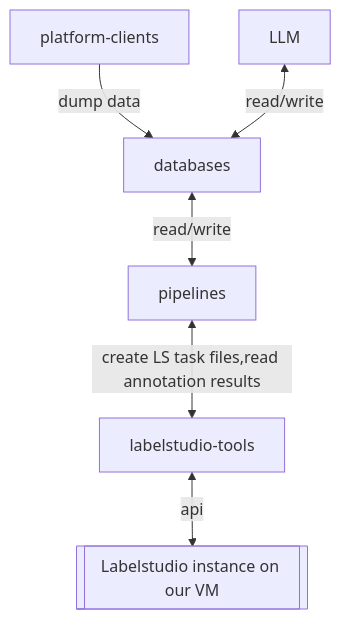
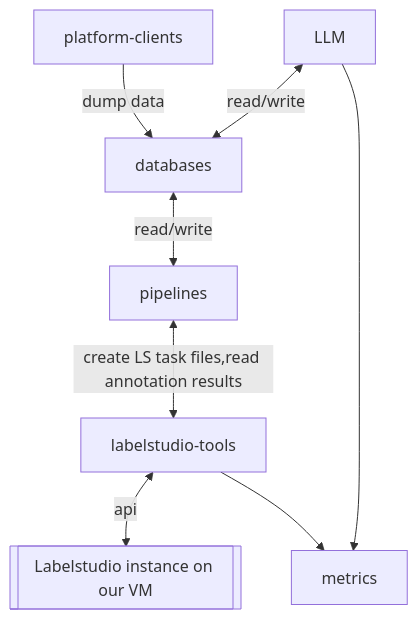
The diagram in README.md (ERC-BIG-5/documentation), drawn with Mermaid before and after one commit.

Commit message:
Update README.md
add metrics

````diff
--- a/README.md
+++ b/README.md
@@ -7,9 +7,11 @@
 ``` mermaid
 graph
 
 platform-clients -- dump data--> databases
 databases <-- read/write --> pipelines
 LLM <-- read/write --> databases
 pipelines <-- "create LS task files,read annotation results" --> labelstudio-tools
 labelstudio-tools <-- api --> Labelstudio[[Labelstudio instance on our VM]]
+LLM --> metrics
+labelstudio-tools --> metrics
 ```
````
